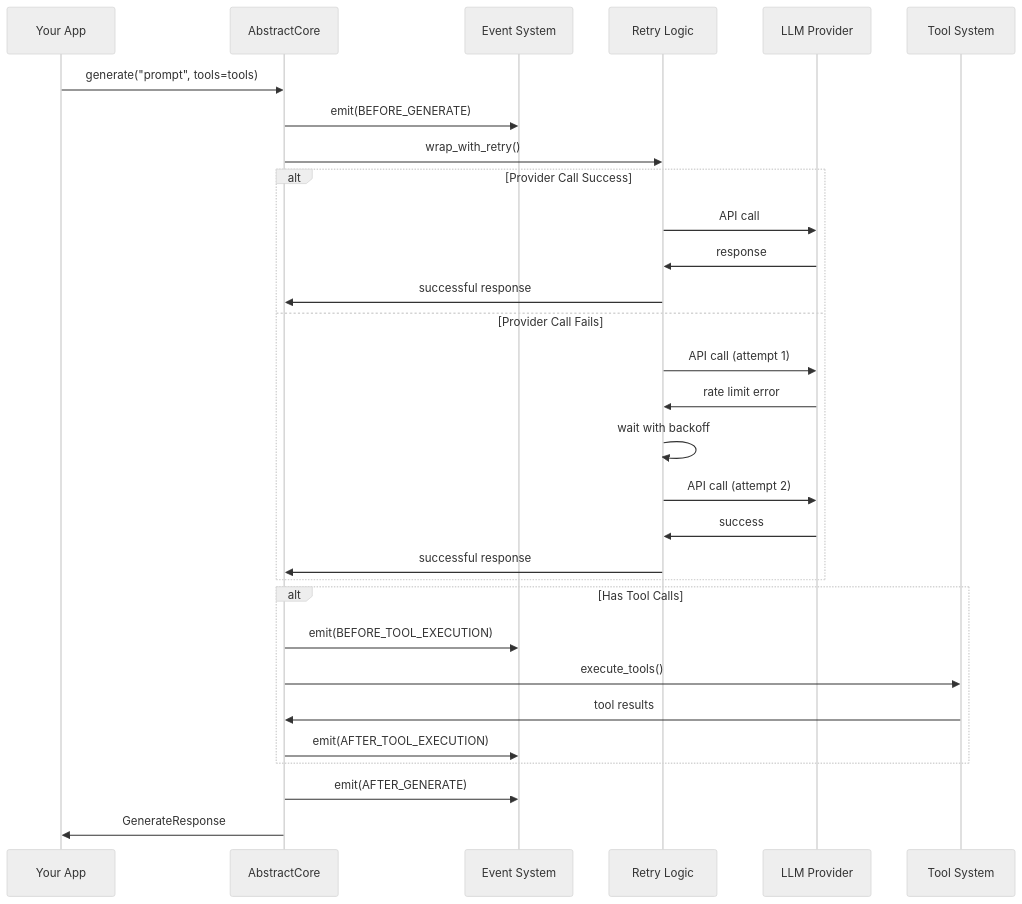
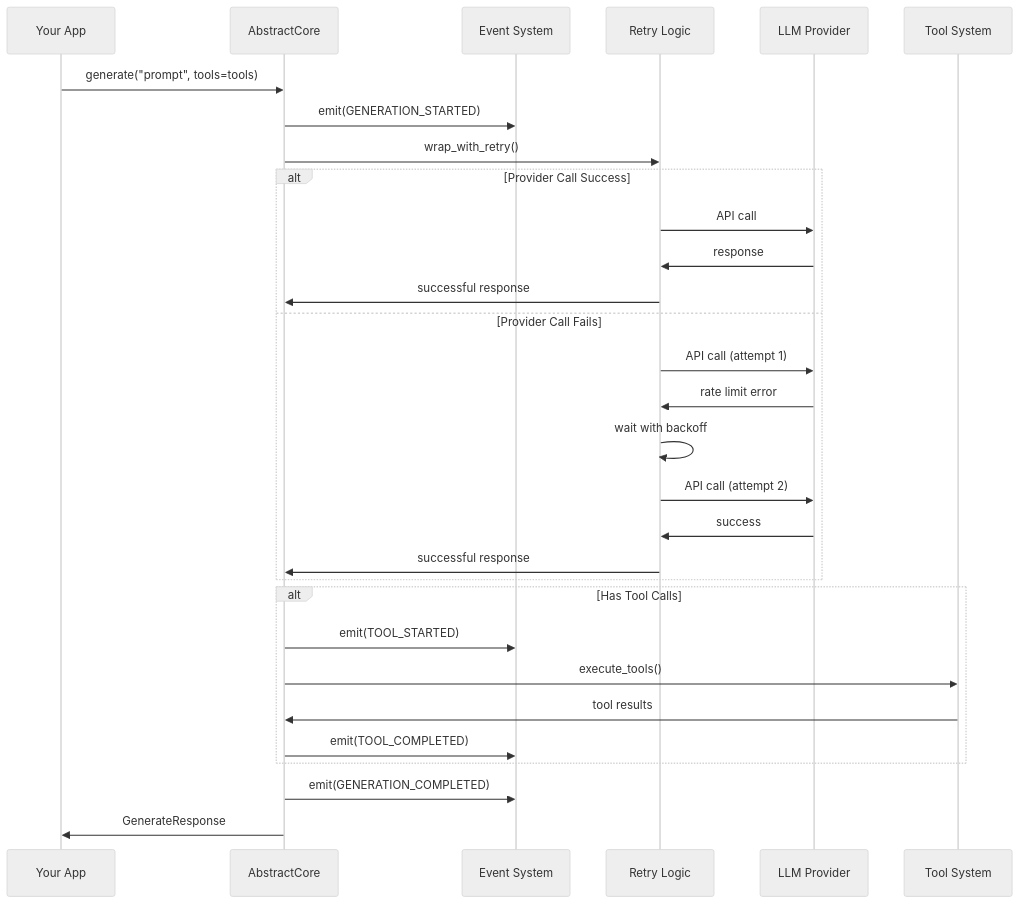
Before and after one commit to lpalbou/AbstractCore: the third of 12 diagrams in docs/architecture.md, drawn with Mermaid (neutral theme). The commit also changed other lines of this file and 4 other files, not shown here.

````diff
--- a/docs/architecture.md
+++ b/docs/architecture.md
@@ -129,36 +129,36 @@
 ```mermaid
 sequenceDiagram
     participant App as Your App
     participant Core as AbstractCore
     participant Events as Event System
     participant Retry as Retry Logic
     participant Provider as LLM Provider
     participant Tools as Tool System
 
     App->>Core: generate("prompt", tools=tools)
-    Core->>Events: emit(BEFORE_GENERATE)
+    Core->>Events: emit(GENERATION_STARTED)
     Core->>Retry: wrap_with_retry()
 
     alt Provider Call Success
         Retry->>Provider: API call
         Provider->>Retry: response
         Retry->>Core: successful response
     else Provider Call Fails
         Retry->>Provider: API call (attempt 1)
         Provider->>Retry: rate limit error
         Retry->>Retry: wait with backoff
         Retry->>Provider: API call (attempt 2)
         Provider->>Retry: success
         Retry->>Core: successful response
     end
 
     alt Has Tool Calls
-        Core->>Events: emit(BEFORE_TOOL_EXECUTION)
+        Core->>Events: emit(TOOL_STARTED)
         Core->>Tools: execute_tools()
         Tools->>Core: tool results
-        Core->>Events: emit(AFTER_TOOL_EXECUTION)
+        Core->>Events: emit(TOOL_COMPLETED)
     end
 
-    Core->>Events: emit(AFTER_GENERATE)
+    Core->>Events: emit(GENERATION_COMPLETED)
     Core->>App: GenerateResponse
 ```
````
